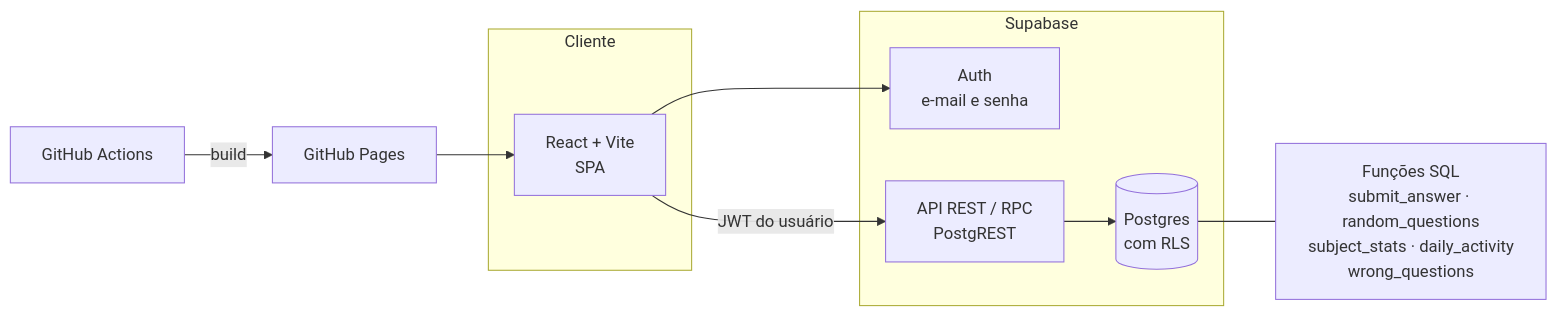
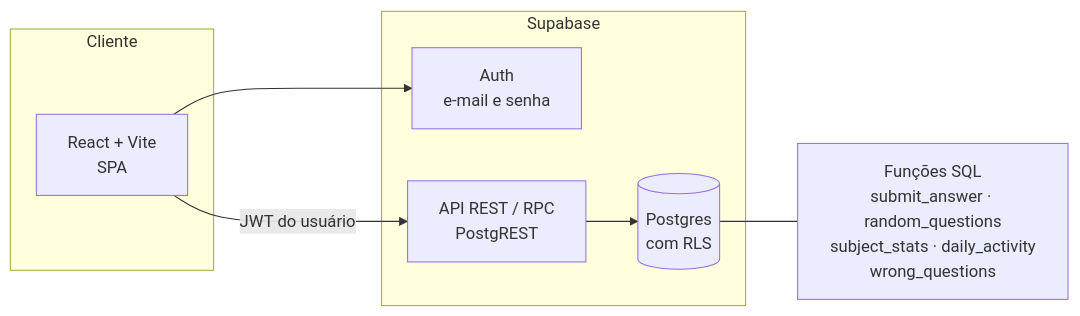
One commit to DraciusJotan/escreventepro changed the diagram in README.md. Above: the diagram before and after it, drawn with Mermaid. The commit also changed other lines of this file and 2 other files, not shown here.

````diff
--- a/README.md
+++ b/README.md
@@ -65,17 +65,15 @@
 ```mermaid
 flowchart LR
   subgraph Cliente
     A[React + Vite<br/>SPA]
   end
   subgraph Supabase
     B[Auth<br/>e-mail e senha]
     C[API REST / RPC<br/>PostgREST]
     D[(Postgres<br/>com RLS)]
   end
   A -->|JWT do usuário| C
   A --> B
   C --> D
   D --- E[Funções SQL<br/>submit_answer · random_questions<br/>subject_stats · daily_activity<br/>wrong_questions]
-  F[GitHub Actions] -->|build| G[GitHub Pages]
-  G --> A
 ```
````
